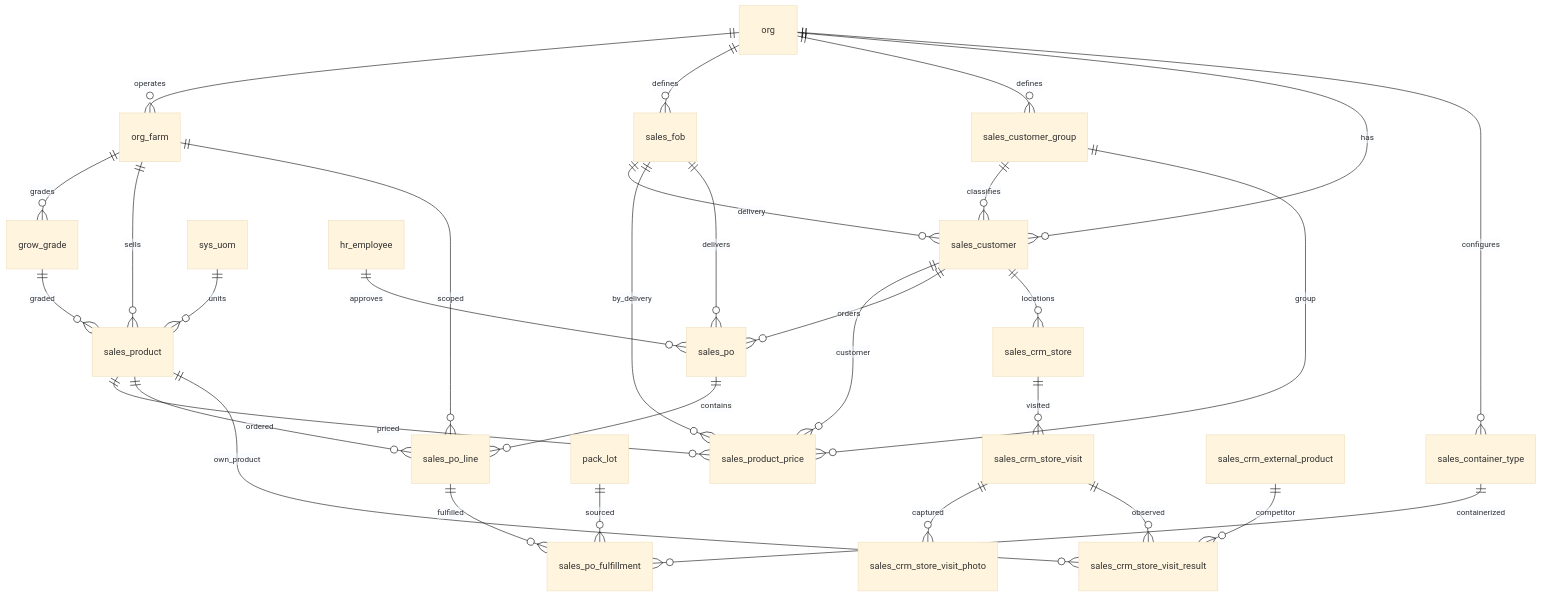
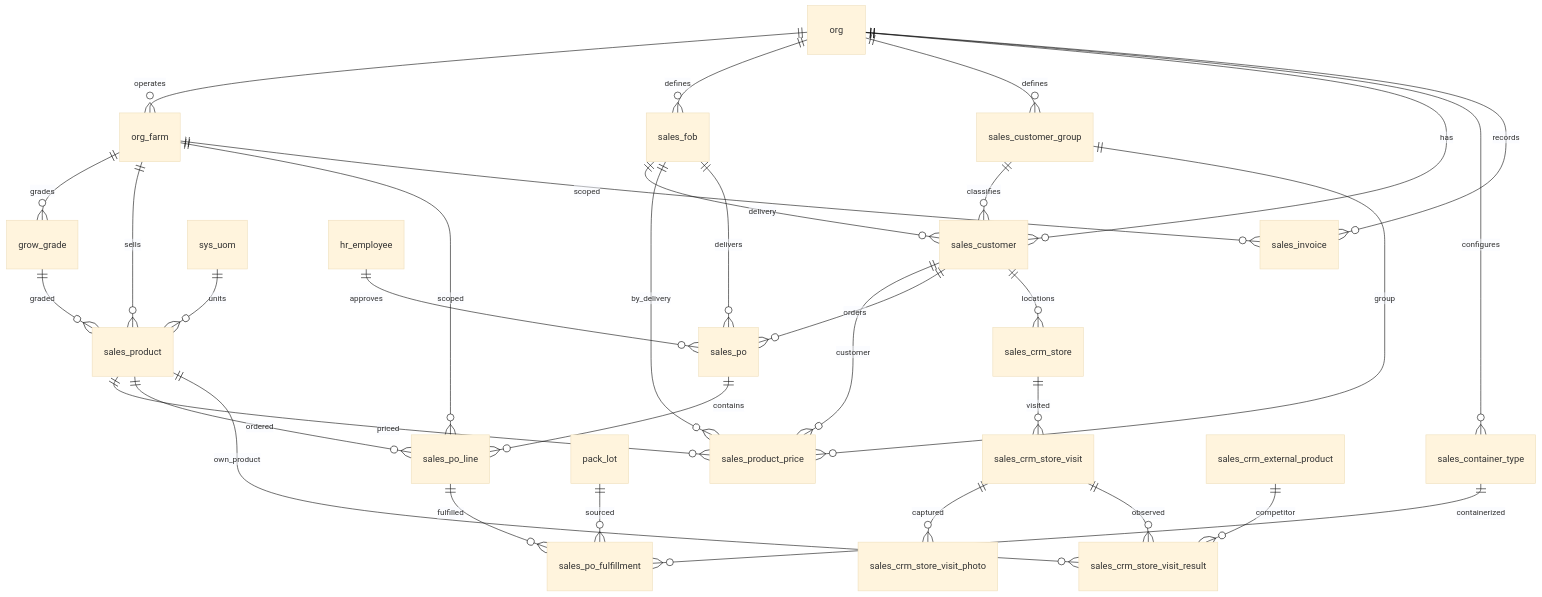
Before and after one commit to Hawaii-Farming/aloha-data-migrations: the diagram in docs/schemas/20260408000008_sales.md, drawn with Mermaid (base theme). The commit also changed other lines of this file, not shown here.

First line of the commit message:
sales.md: document sales_invoice + sales_invoice_v

````diff
--- a/docs/schemas/20260408000008_sales.md
+++ b/docs/schemas/20260408000008_sales.md
@@ -11,33 +11,35 @@
 ```mermaid
 erDiagram
     org ||--o{ org_farm : operates
     org ||--o{ sales_fob : defines
     org ||--o{ sales_customer_group : defines
     org ||--o{ sales_customer : has
     sales_customer_group ||--o{ sales_customer : classifies
     sales_fob ||--o{ sales_customer : delivery
     org_farm ||--o{ grow_grade : grades
     org_farm ||--o{ sales_product : sells
     grow_grade ||--o{ sales_product : graded
     sys_uom ||--o{ sales_product : units
     sales_product ||--o{ sales_product_price : priced
     sales_fob ||--o{ sales_product_price : by_delivery
     sales_customer ||--o{ sales_product_price : customer
     sales_customer_group ||--o{ sales_product_price : group
     sales_customer ||--o{ sales_po : orders
     sales_fob ||--o{ sales_po : delivers
     org_farm ||--o{ sales_po_line : scoped
     sales_po ||--o{ sales_po_line : contains
     sales_product ||--o{ sales_po_line : ordered
     sales_po_line ||--o{ sales_po_fulfillment : fulfilled
     pack_lot ||--o{ sales_po_fulfillment : sourced
     sales_container_type ||--o{ sales_po_fulfillment : containerized
     sales_customer ||--o{ sales_crm_store : locations
     sales_crm_store ||--o{ sales_crm_store_visit : visited
     sales_crm_store_visit ||--o{ sales_crm_store_visit_photo : captured
     sales_crm_store_visit ||--o{ sales_crm_store_visit_result : observed
     sales_product ||--o{ sales_crm_store_visit_result : own_product
     sales_crm_external_product ||--o{ sales_crm_store_visit_result : competitor
     org ||--o{ sales_container_type : configures
     hr_employee ||--o{ sales_po : approves
+    org ||--o{ sales_invoice : records
+    org_farm ||--o{ sales_invoice : scoped
 ```
````
